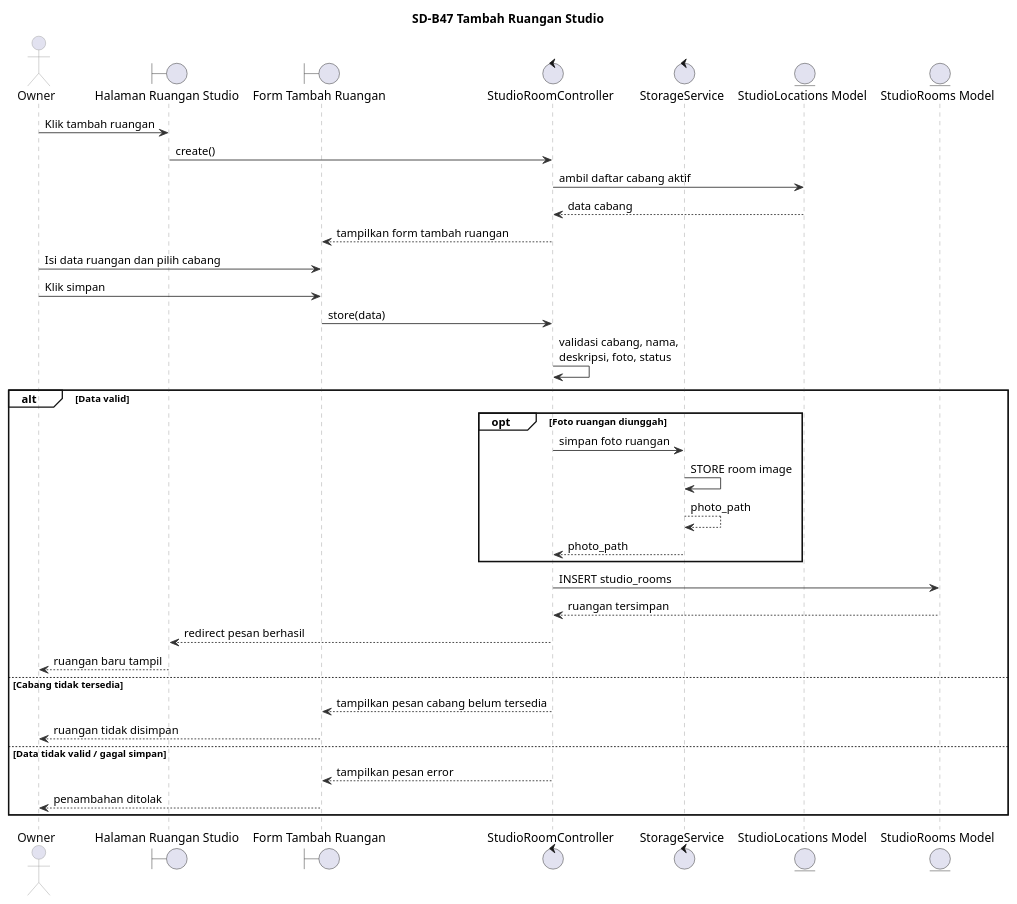
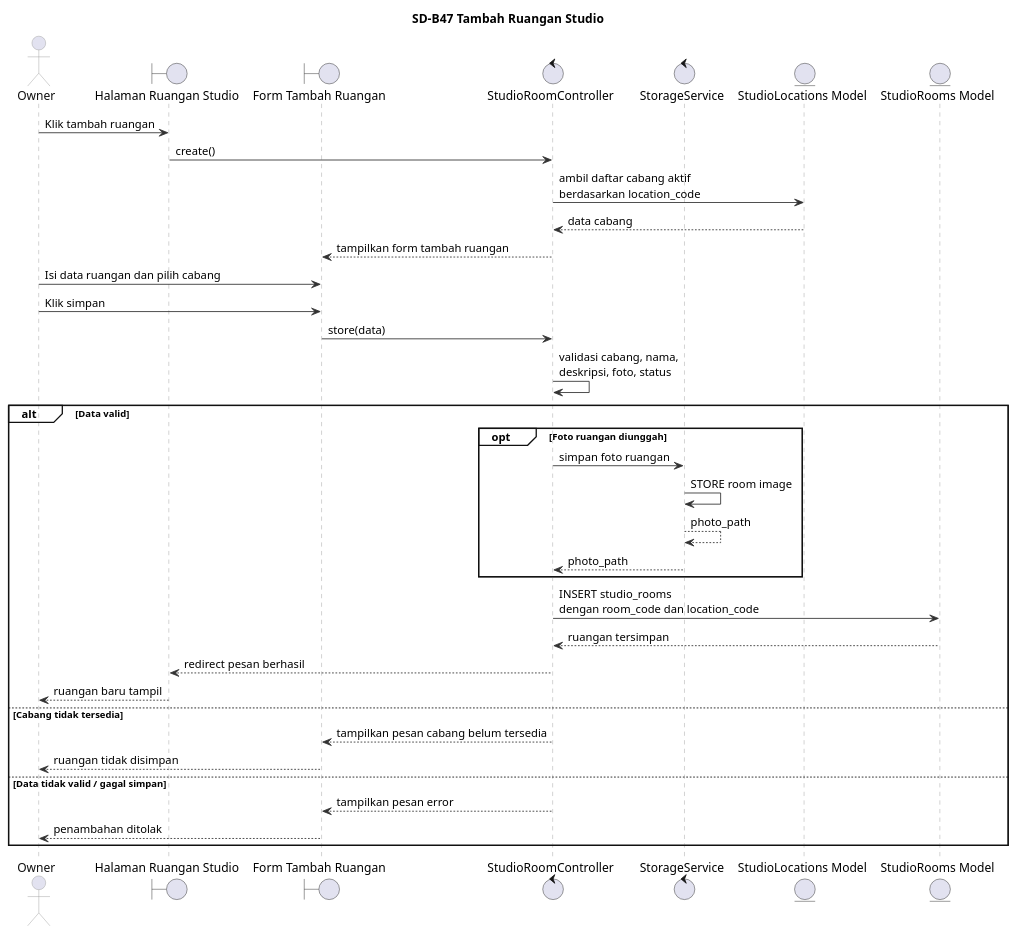
The diagram in sequence/SD-B47.puml (Fajrinputra/alterstudio-ta), drawn with PlantUML before and after one commit. The commit also changed 71 other files, not shown here.

```diff
--- a/sequence/SD-B47.puml
+++ b/sequence/SD-B47.puml
@@ -1,57 +1,57 @@
 @startuml
 title SD-B47 Tambah Ruangan Studio
 
 skinparam backgroundColor white
 skinparam shadowing false
 skinparam BoxPadding 4
 skinparam sequence {
     ArrowColor #333333
     LifeLineBorderColor #999999
     LifeLineBackgroundColor white
     ParticipantBorderColor #999999
     ParticipantBackgroundColor #ECEEF8
     ParticipantFontColor #111111
     ActorBorderColor #999999
     ActorFontColor #111111
     GroupBorderColor #111111
     GroupBackgroundColor transparent
 }
 
 actor "Owner" as Owner
 boundary "Halaman Ruangan Studio" as HalamanRuangan
 boundary "Form Tambah Ruangan" as FormTambah
 control "StudioRoomController" as StudioRoomController
 control "StorageService" as StorageService
 entity "StudioLocations Model" as StudioLocation
 entity "StudioRooms Model" as StudioRoom
 
 Owner -> HalamanRuangan : Klik tambah ruangan
 HalamanRuangan -> StudioRoomController : create()
-StudioRoomController -> StudioLocation : ambil daftar cabang aktif
+StudioRoomController -> StudioLocation : ambil daftar cabang aktif\nberdasarkan location_code
 StudioLocation --> StudioRoomController : data cabang
 StudioRoomController --> FormTambah : tampilkan form tambah ruangan
 Owner -> FormTambah : Isi data ruangan dan pilih cabang
 Owner -> FormTambah : Klik simpan
 FormTambah -> StudioRoomController : store(data)
 StudioRoomController -> StudioRoomController : validasi cabang, nama,\ndeskripsi, foto, status
 
 alt Data valid
     opt Foto ruangan diunggah
         StudioRoomController -> StorageService : simpan foto ruangan
         StorageService -> StorageService : STORE room image
         StorageService --> StorageService : photo_path
         StorageService --> StudioRoomController : photo_path
     end
-    StudioRoomController -> StudioRoom : INSERT studio_rooms
+    StudioRoomController -> StudioRoom : INSERT studio_rooms\ndengan room_code dan location_code
     StudioRoom --> StudioRoomController : ruangan tersimpan
     StudioRoomController --> HalamanRuangan : redirect pesan berhasil
     HalamanRuangan --> Owner : ruangan baru tampil
 else Cabang tidak tersedia
     StudioRoomController --> FormTambah : tampilkan pesan cabang belum tersedia
     FormTambah --> Owner : ruangan tidak disimpan
 else Data tidak valid / gagal simpan
     StudioRoomController --> FormTambah : tampilkan pesan error
     FormTambah --> Owner : penambahan ditolak
 end
 
 @enduml
```
